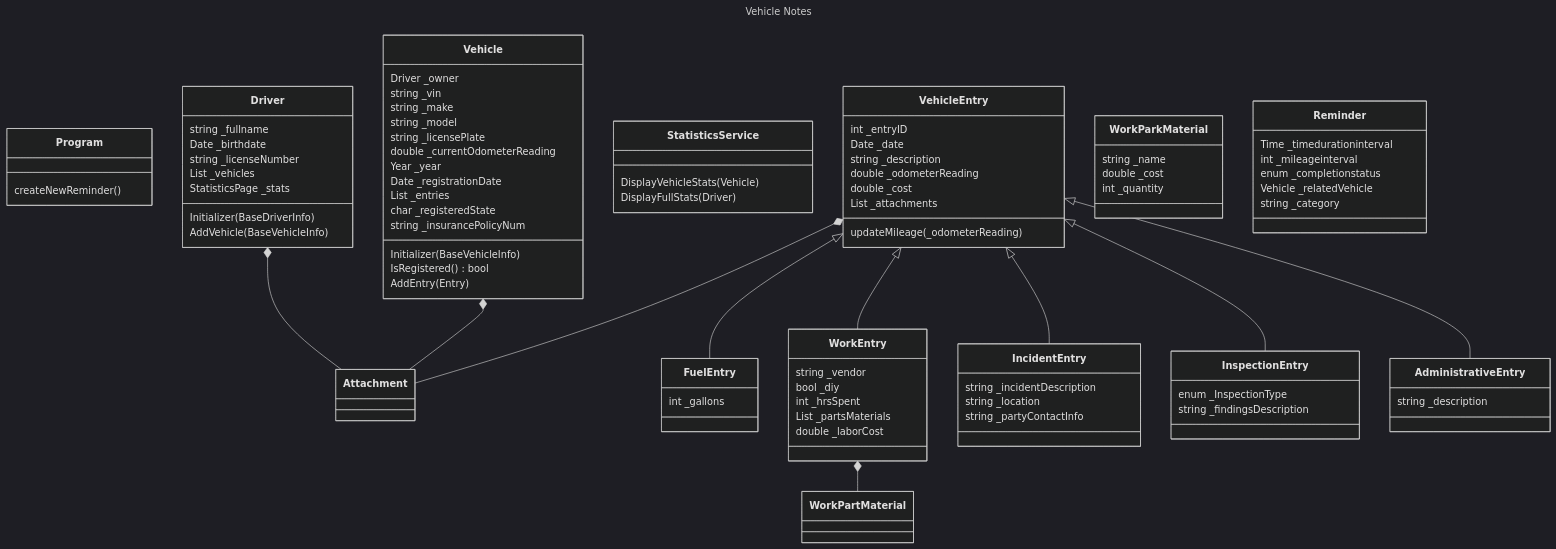
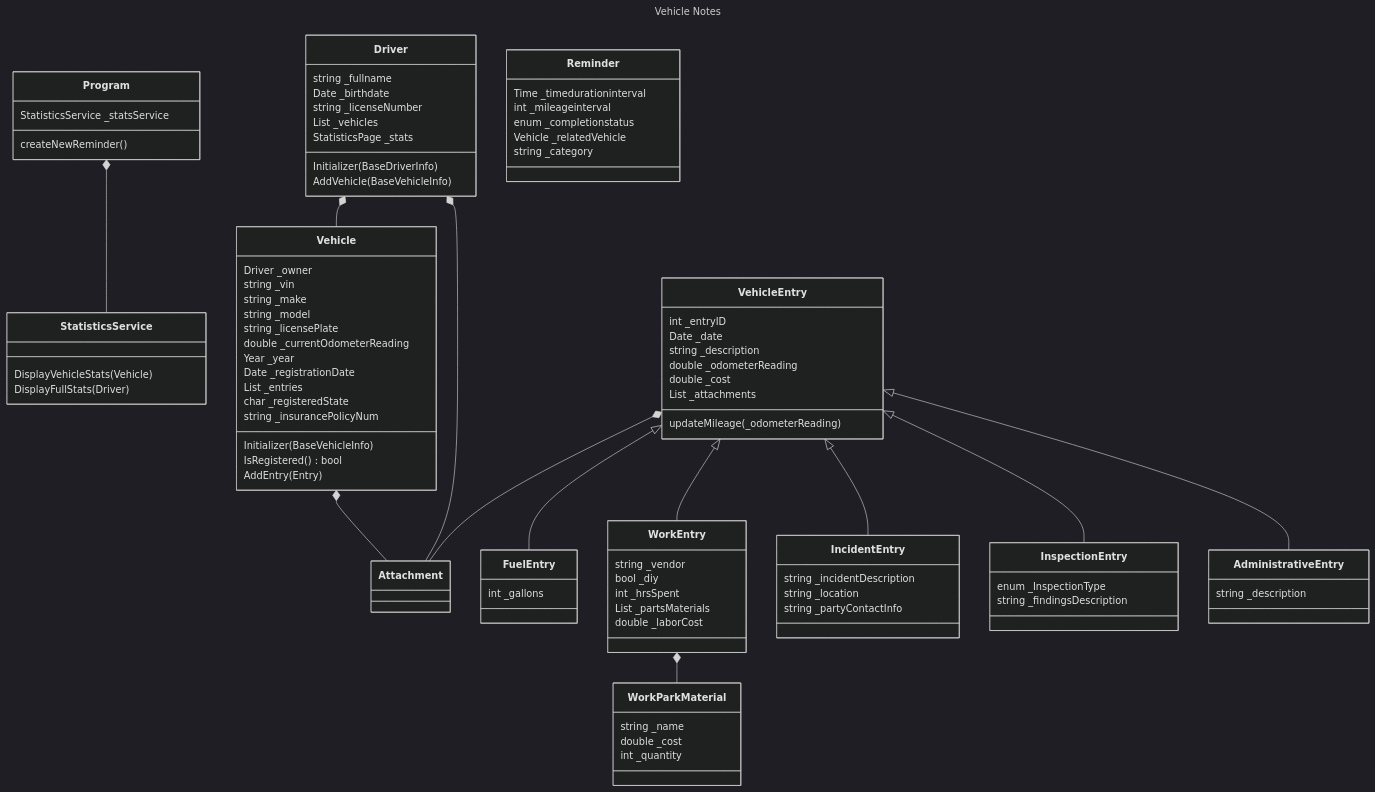
The diagram in docs/prototypes_class_diagram.md (brooksjake/VehicleNotes), drawn with Mermaid (dark theme) before and after one commit. The commit also changed 9 other files, not shown here.

```diff
--- a/docs/prototypes_class_diagram.md
+++ b/docs/prototypes_class_diagram.md
@@ -6,8 +6,13 @@
 ---
 classDiagram
     class Program {
-        
+        StatisticsService _statsService
         createNewReminder()
+    }
+    Program *-- StatisticsService
+    class StatisticsService {
+        DisplayVehicleStats(Vehicle)
+        DisplayFullStats(Driver)
     }
     class Vehicle {
         Driver _owner
@@ -36,10 +41,7 @@
         Initializer(BaseDriverInfo)
         AddVehicle(BaseVehicleInfo)
     }
-    class StatisticsService {
-        DisplayVehicleStats(Vehicle)
-        DisplayFullStats(Driver)
-    }
+    Driver *-- Vehicle
     class VehicleEntry { <!-- baseclass -->
         int _entryID <!-- when might i need this? would i need to store these in a list outside of this class so as to be able to search/call them? -->
         Date _date
@@ -74,7 +76,7 @@
         int _quantity
         <!-- can this class maybe be contained in the workentry class?  NO, separate class is better -->
     }
-    WorkEntry *-- WorkPartMaterial
+    WorkEntry *-- WorkParkMaterial
     class IncidentEntry {
         string  _incidentDescription <!-- should this rewrite the base _description? NO -->
         string _location
```
